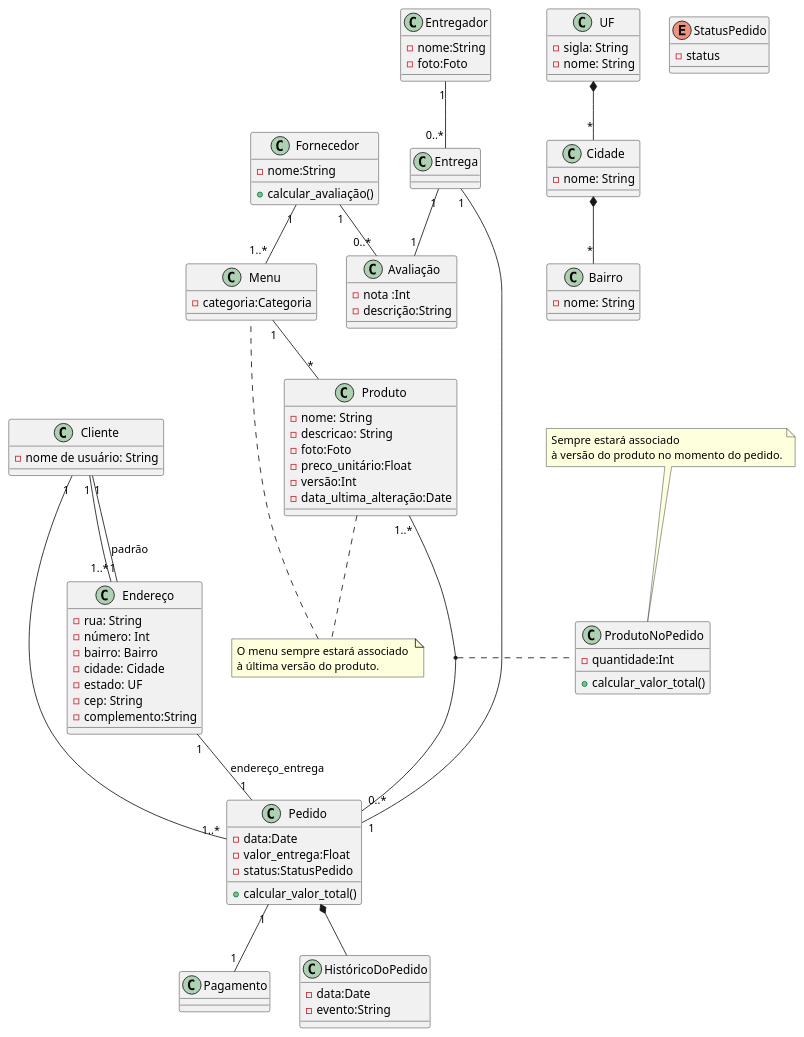
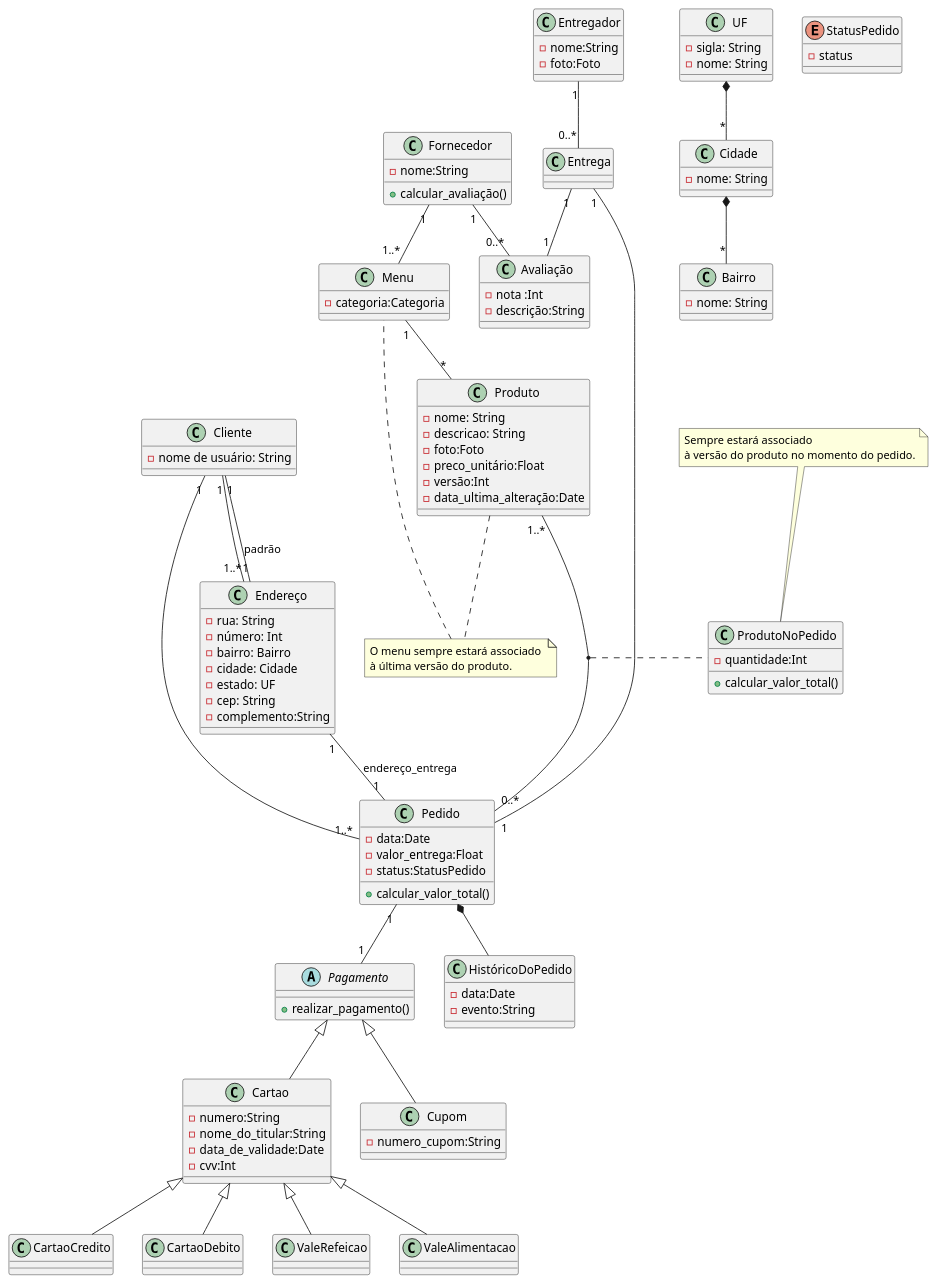
The diagram in docs/diagramas_classe/classes_principais.wsd (professortavares/techshot_python_enacom), drawn with PlantUML before and after one commit. The commit also changed 8 other files, not shown here.

```diff
--- a/docs/diagramas_classe/classes_principais.wsd
+++ b/docs/diagramas_classe/classes_principais.wsd
@@ -1,113 +1,143 @@
 @startuml
 class Produto{
     - nome: String
     - descricao: String
     - foto:Foto
     - preco_unitário:Float
     - versão:Int
     - data_ultima_alteração:Date
 
 }
 
 class Cliente{
     - nome de usuário: String
 }
 
 class Endereço {
     - rua: String
     - número: Int
     - bairro: Bairro
     - cidade: Cidade
     - estado: UF
     - cep: String
     - complemento:String
 }
 
 class UF {
     - sigla: String
     - nome: String
 }
 
 class Cidade{
     - nome: String
 }
 
 enum StatusPedido {
    - status
 }
 
 class Bairro {
     - nome: String
 }
 
 class Menu{
   - categoria:Categoria
 }
 
 class Entregador{
   - nome:String
   - foto:Foto
 }
 
 class Fornecedor{
   - nome:String
   + calcular_avaliação()
 }
 
 
-class Pagamento{}
+abstract class Pagamento{
+  + realizar_pagamento()
+}
+
+class Cartao{
+    - numero:String
+    - nome_do_titular:String
+    - data_de_validade:Date
+    - cvv:Int
+}
+
+class Cupom {
+    - numero_cupom:String
+}
+
+class CartaoCredito{
+}
+
+class CartaoDebito {
+}
+
+class ValeRefeicao{
+}
+
+class ValeAlimentacao{
+}
 
 class Pedido{
   - data:Date
   - valor_entrega:Float
   - status:StatusPedido
   + calcular_valor_total()
 
 }
 
 class HistóricoDoPedido {
   - data:Date
   - evento:String
 }
 
 class Entrega{
 
 }
 
 class ProdutoNoPedido {
   - quantidade:Int
 
   + calcular_valor_total()
   
 }
 
 class Avaliação {
   - nota :Int
   - descrição:String
 }
 
 UF *-- "*" Cidade 
 Cidade *-- "*" Bairro
 Cliente "1" -- "1..*" Endereço
 Cliente "1" -- "1" Endereço : padrão
 Cliente "1" -- "1..*" Pedido
 Entrega "1" -- "1" Pedido
 Endereço "1" -- "1" Pedido: endereço_entrega
 Entregador "1" -- "0..*" Entrega
 Pedido "1" -- "1" Pagamento
 Menu  "1" -- "*" Produto
 Fornecedor "1" -- "1..*" Menu
 Entrega "1" -- "1" Avaliação
 Fornecedor "1" -- "0..*" Avaliação
 Pedido *-- HistóricoDoPedido
 Produto "1..*" -- "0..*" Pedido
 (Produto, Pedido) .. ProdutoNoPedido
-
+Pagamento <|-- Cartao
+Cartao <|-- CartaoCredito
+Cartao <|-- CartaoDebito
+Cartao <|-- ValeRefeicao
+Cartao <|-- ValeAlimentacao
+Pagamento <|-- Cupom
 
 note "O menu sempre estará associado \nà última versão do produto." as N1
 Produto .. N1
 N1 .. Menu
 
 note "Sempre estará associado \nà versão do produto no momento do pedido." as N2
 N2 .. ProdutoNoPedido
 @enduml
```
